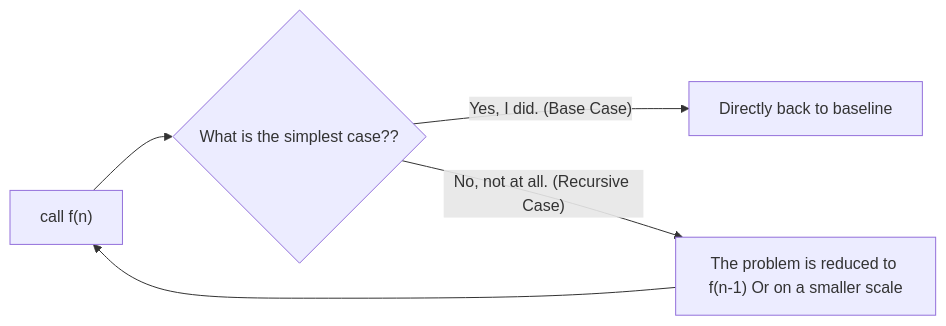
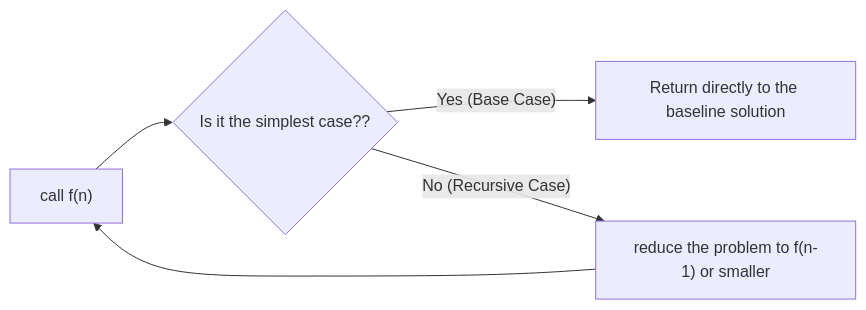
The first of 2 diagrams in src/content/translations/en/notes/cs61a/lecture-09.md (easonlines2007/easonlin-blog), drawn with Mermaid before and after one commit. The commit also changed other lines of this file and 158 other files, not shown here.

````diff
--- a/src/content/translations/en/notes/cs61a/lecture-09.md
+++ b/src/content/translations/en/notes/cs61a/lecture-09.md
@@ -98,7 +172,7 @@
 ```mermaid
 graph LR
-    A["call f(n)"] --> B{"What is the simplest case??"}
-    B -- Yes, I did. (Base Case) --> C["Directly back to baseline"]
-    B -- No, not at all. (Recursive Case) --> D["The problem is reduced to f(n-1) Or on a smaller scale"]
+    A["call f(n)"] --> B{"Is it the simplest case??"}
+    B -- Yes (Base Case) --> C["Return directly to the baseline solution"]
+    B -- No (Recursive Case) --> D["reduce the problem to f(n-1) or smaller"]
     D --> A
 ```
````
